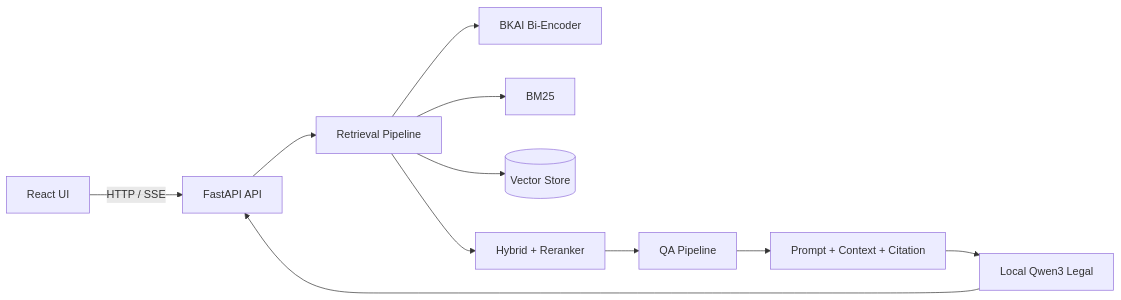
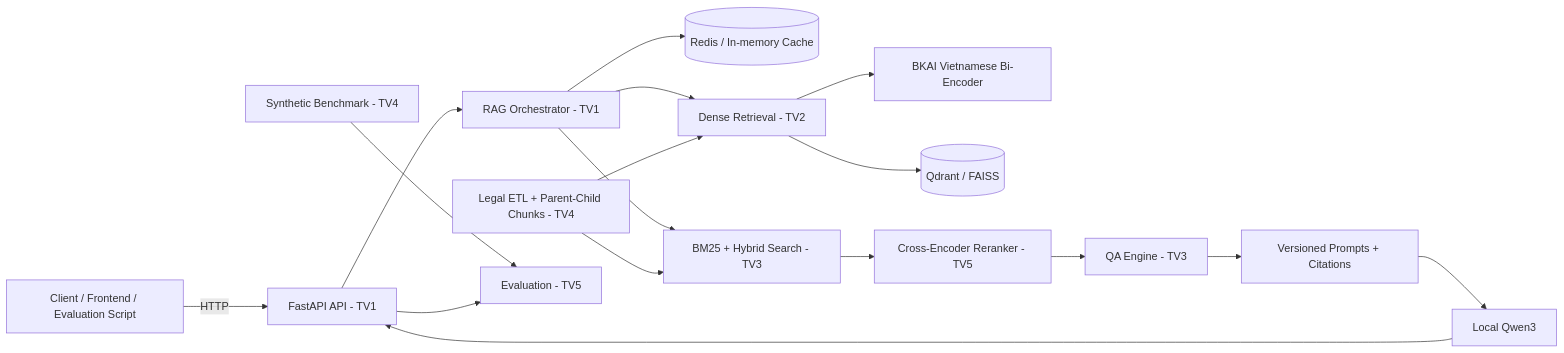
The diagram in README.md (solvarhuynh/UIT-Data-Science-Challenge-2026), drawn with Mermaid before and after one commit. The commit also changed other lines of this file and 1 other file, not shown here.

Commit message:
docs: align repo structure with backend RAG responsibilities

````diff
--- a/README.md
+++ b/README.md
@@ -22,13 +24,19 @@
 ```mermaid
 flowchart LR
-    U[React UI] -->|HTTP / SSE| API[FastAPI API]
-    API --> R[Retrieval Pipeline]
-    R --> E[BKAI Bi-Encoder]
-    R --> S[BM25]
-    R --> V[(Vector Store)]
-    R --> H[Hybrid + Reranker]
-    H --> Q[QA Pipeline]
-    Q --> P[Prompt + Context + Citation]
-    P --> L[Local Qwen3 Legal]
+    C[Client / Frontend / Evaluation Script] -->|HTTP| API[FastAPI API - TV1]
+    API --> O[RAG Orchestrator - TV1]
+    O --> Cache[(Redis / In-memory Cache)]
+    O --> D[Dense Retrieval - TV2]
+    D --> E[BKAI Vietnamese Bi-Encoder]
+    D --> V[(Qdrant / FAISS)]
+    O --> H[BM25 + Hybrid Search - TV3]
+    H --> R[Cross-Encoder Reranker - TV5]
+    R --> Q[QA Engine - TV3]
+    Q --> P[Versioned Prompts + Citations]
+    P --> L[Local Qwen3]
     L --> API
+    ETL[Legal ETL + Parent-Child Chunks - TV4] --> D
+    ETL --> H
+    Bench[Synthetic Benchmark - TV4] --> Eval[Evaluation - TV5]
+    API --> Eval
 ```
````
